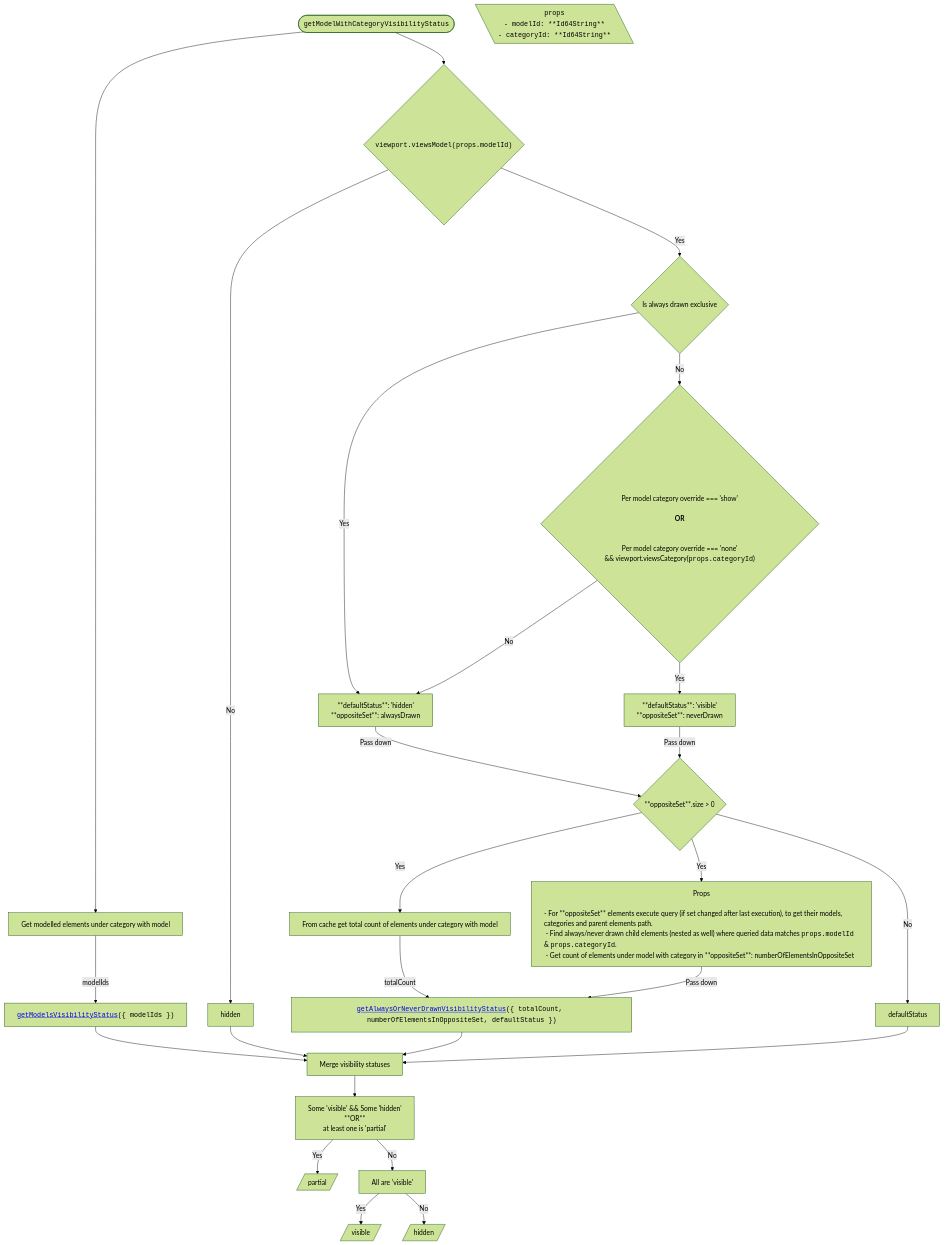
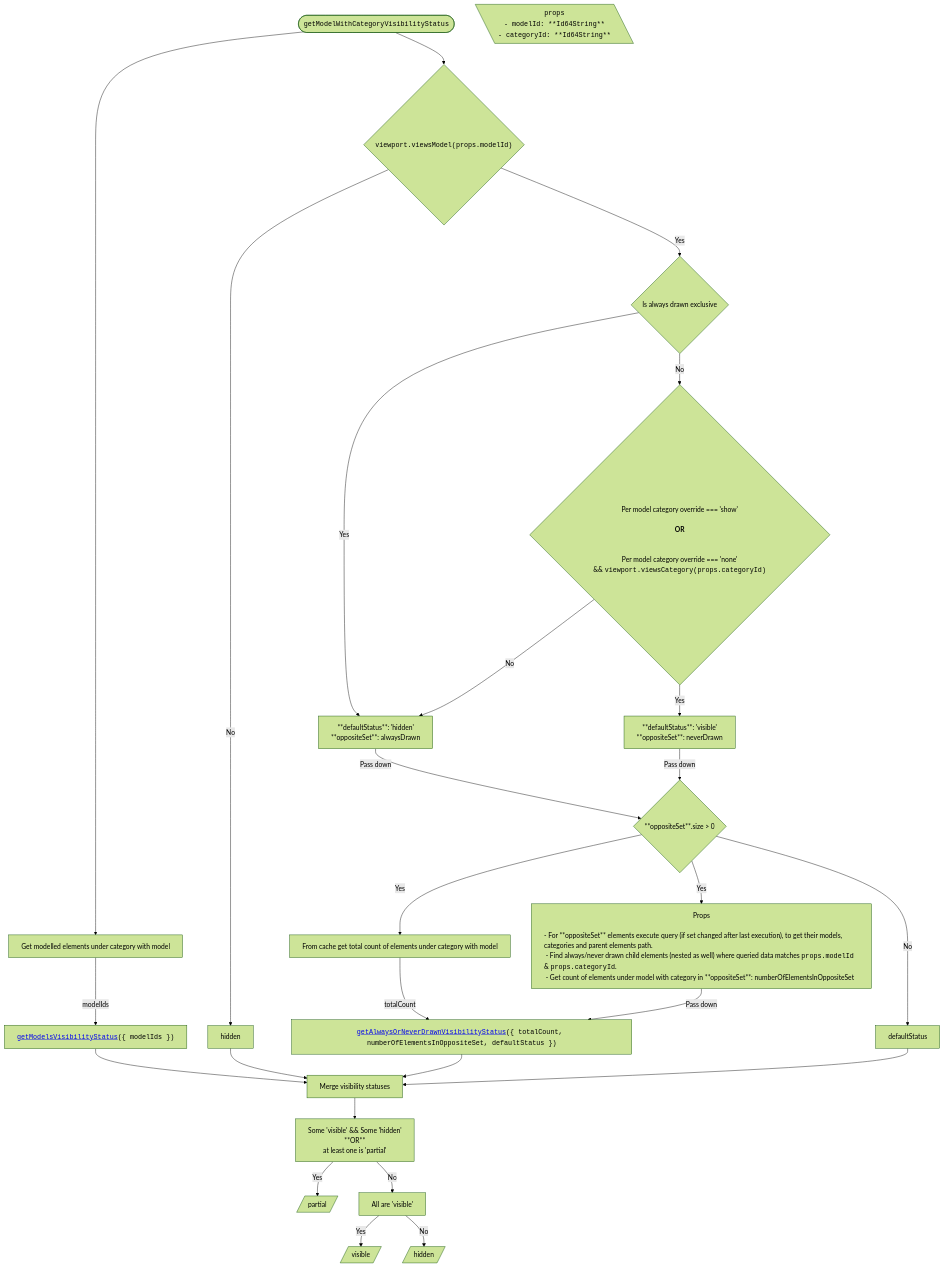
The fourth of 6 diagrams in packages/itwin/tree-widget/docs/SharedVisibilityHandling.md (iTwin/viewer-components-react), drawn with Mermaid (forest theme) before and after one commit.

```diff
--- a/packages/itwin/tree-widget/docs/SharedVisibilityHandling.md
+++ b/packages/itwin/tree-widget/docs/SharedVisibilityHandling.md
@@ -236,7 +236,7 @@
           Per model category override === 'show' <br/>
           <strong style='font-weight: bold;'>OR</strong>
           <br/>
-          Per model category override === 'none'<br/> && viewport.viewsCategory(<code>props.categoryId</code>)
+          Per model category override === 'none'<br/> && <code>viewport.viewsCategory(props.categoryId)</code>
         </div>
       "}
 
```
